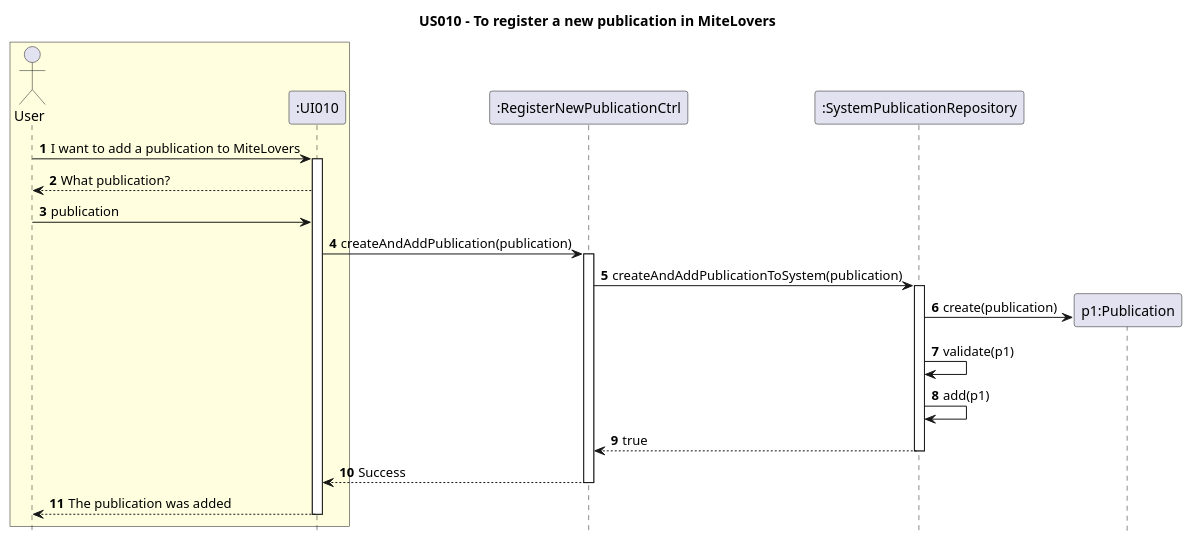
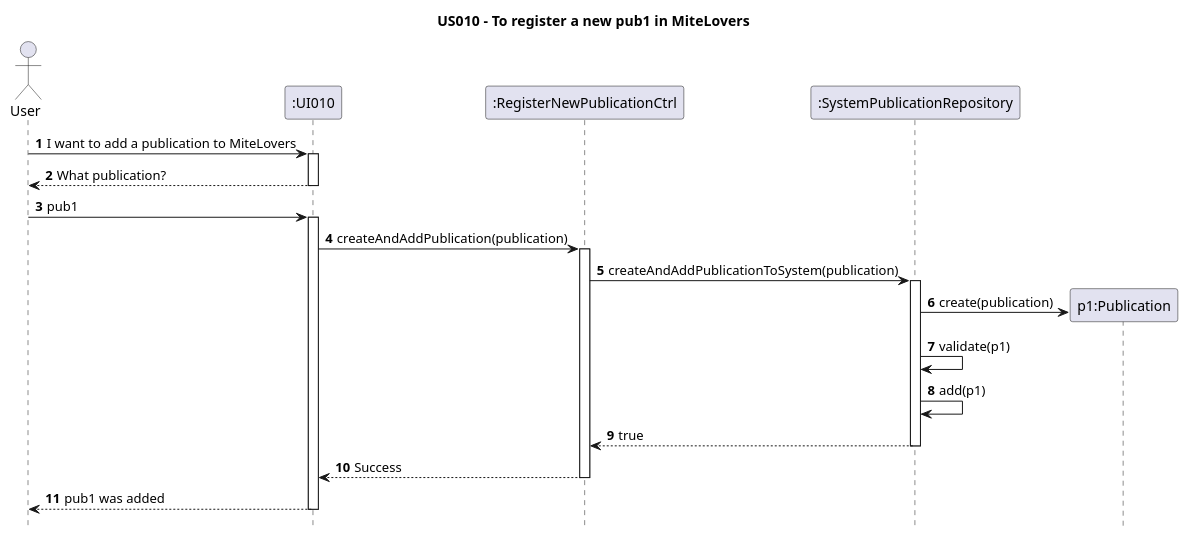
The diagram in Diagrams/SequenceDiagrams/N2/US010-to-register-a-publication-to-add-to-library.puml (AndrePereiraGitH/SWitCH-Project-Team_A), drawn with PlantUML before and after one commit. The commit also changed 5 other files, not shown here.

```diff
--- a/Diagrams/SequenceDiagrams/N2/US010-to-register-a-publication-to-add-to-library.puml
+++ b/Diagrams/SequenceDiagrams/N2/US010-to-register-a-publication-to-add-to-library.puml
@@ -1,47 +1,49 @@
 @startuml
 hide footbox
 autonumber
-title US010 - To register a new publication in MiteLovers
+title US010 - To register a new pub1 in MiteLovers
 
 ' As a User, I want to register a new publication
 ' in the system, so that I can add the
 ' publication to my library.
 
-box #LightYellow
+
 actor User
 participant ":UI010" as UI
-end box
+
 
 
 participant ":RegisterNewPublicationCtrl" as Ctrl
 
 participant ":SystemPublicationRepository" as SystemRepo
 
 
 ' Publication is to be treated the same as "Item", supposedly
 
 User -> UI : I want to add a publication to MiteLovers
 activate UI
 UI --> User : What publication?
-User -> UI : publication
+deactivate UI
+User -> UI : pub1
+activate UI
 UI -> Ctrl : createAndAddPublication(publication)
 activate Ctrl
 Ctrl -> SystemRepo : createAndAddPublicationToSystem(publication)
 activate SystemRepo
-create "p1:Publication" as publication
-SystemRepo -> publication: create(publication)
+create "p1:Publication" as pub1
+SystemRepo -> pub1: create(publication)
 
 
 SystemRepo -> SystemRepo : validate(p1)
 SystemRepo -> SystemRepo : add(p1)
 
 SystemRepo --> Ctrl : true
 deactivate SystemRepo
 Ctrl --> UI : Success
 deactivate Ctrl
-UI --> User : The publication was added
+UI --> User : pub1 was added
 deactivate UI
 
 
 
 @enduml
```
